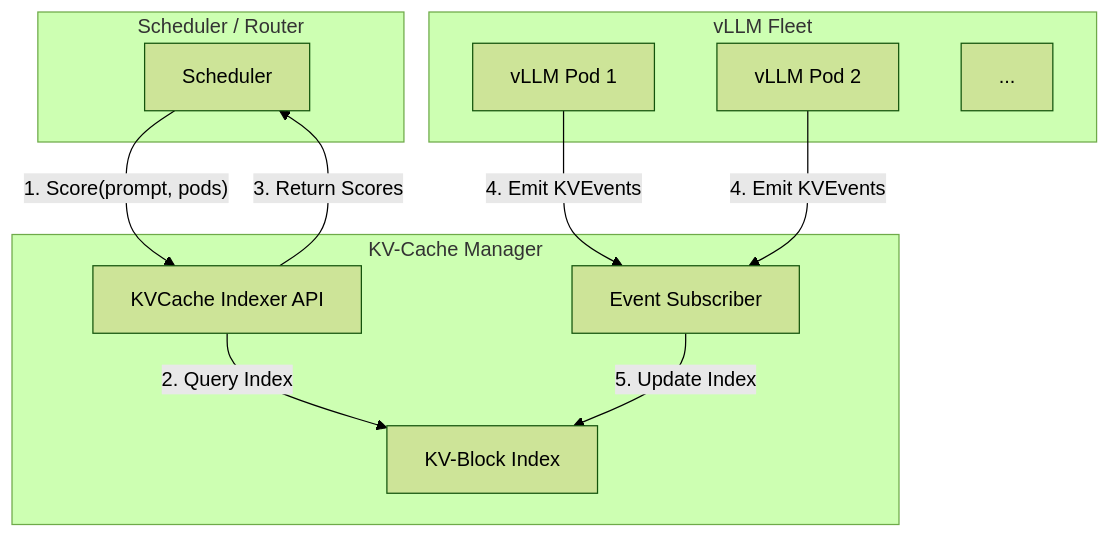
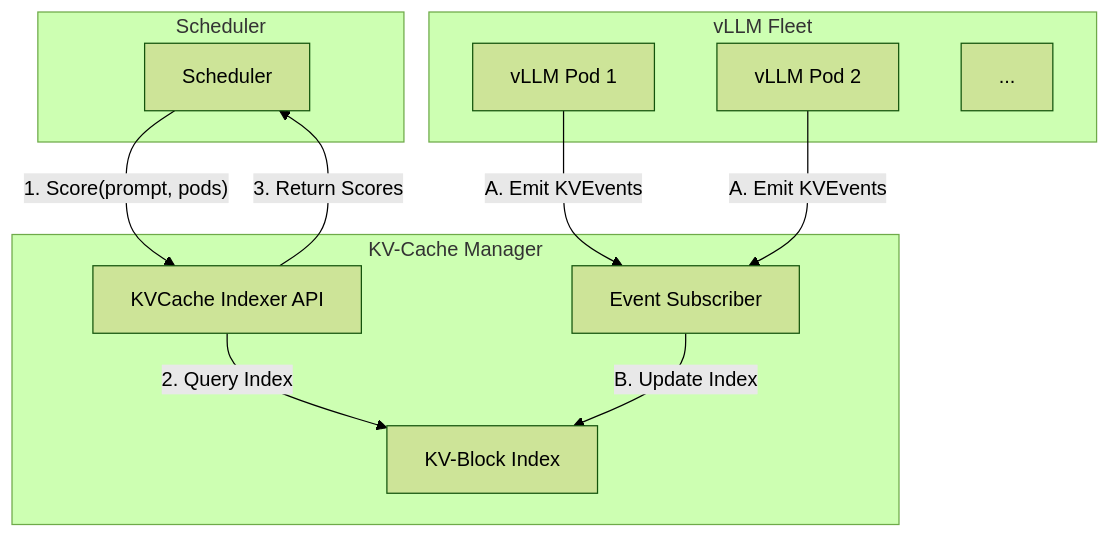
One commit to zetxqx/llm-d-kv-cache-manager changed the diagram in README.md. Above: the diagram before and after it, drawn with Mermaid (forest theme). The commit also changed other lines of this file and 7 other files, not shown here.

````diff
--- a/README.md
+++ b/README.md
@@ -27,27 +32,26 @@
 ```mermaid
 graph TD
-    subgraph Scheduler / Router
+    subgraph "Scheduler"
         A[Scheduler]
     end
-    
-    subgraph KVCacheManager["KV-Cache Manager"]
+
+    subgraph "KV-Cache Manager"
         B[KVCache Indexer API]
         C[KV-Block Index]
         D[Event Subscriber]
     end
 
-    subgraph vLLM Fleet
+    subgraph "vLLM Fleet"
         E[vLLM Pod 1]
         F[vLLM Pod 2]
         G[...]
     end
 
-    A -- "1. Score(prompt, pods)" --> B
-    B -- "2. Query Index" --> C
-    B -- "3. Return Scores" --> A
+    A -->|"1. Score(prompt, pods)"| B
+    B -->|2. Query Index| C
+    B -->|3. Return Scores| A
     
-    E -- "4. Emit KVEvents" --> D
-    F -- "4. Emit KVEvents" --> D
-    D -- "5. Update Index" --> C
-    
+    E -->|A. Emit KVEvents| D
+    F -->|A. Emit KVEvents| D
+    D -->|B. Update Index| C
 ```
````
